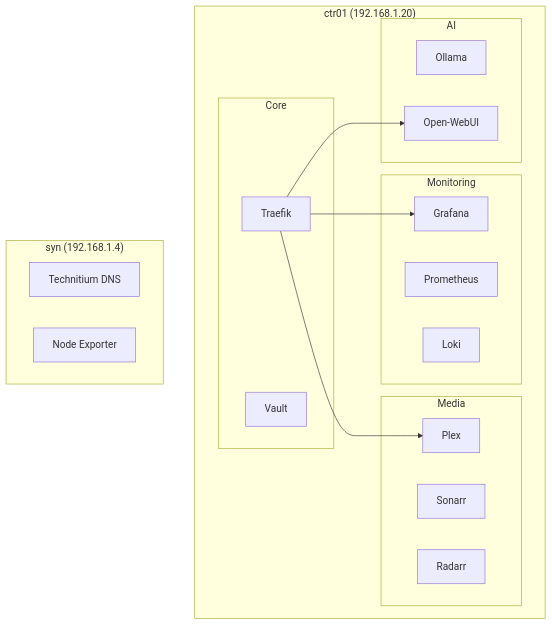
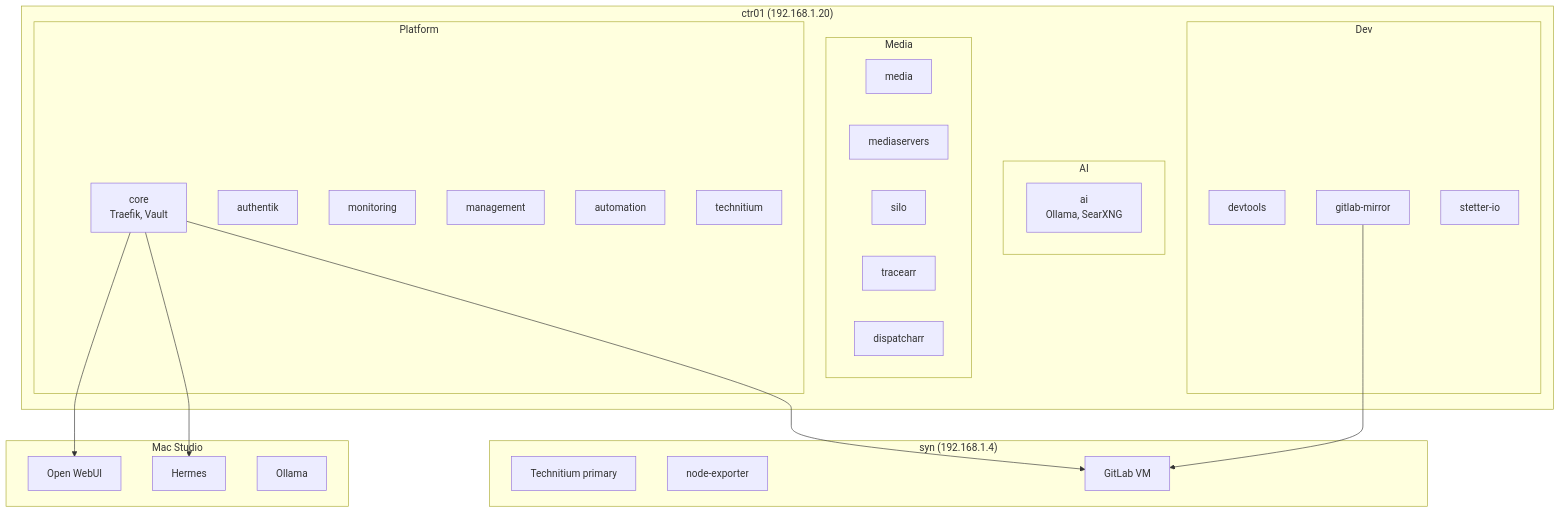
One commit to johnstetter/homelab-docs changed the diagram in docs/stacks/index.md. Above: the diagram before and after it, drawn with Mermaid. The commit also changed other lines of this file and 2 other files, not shown here.

````diff
--- a/docs/stacks/index.md
+++ b/docs/stacks/index.md
@@ -7,35 +11,42 @@
 ```mermaid
 graph TB
     subgraph ctr01["ctr01 (192.168.1.20)"]
-        subgraph Core
-            Traefik[Traefik]
-            Vault[Vault]
+        subgraph Platform
+            core[core<br/>Traefik, Vault]
+            authentik[authentik]
+            monitoring[monitoring]
+            management[management]
+            automation[automation]
+            tech[technitium]
         end
-
-        subgraph Monitoring
-            Prometheus[Prometheus]
-            Grafana[Grafana]
-            Loki[Loki]
+        subgraph AI
+            ai[ai<br/>Ollama, SearXNG]
         end
-
         subgraph Media
-            Plex[Plex]
-            Sonarr[Sonarr]
-            Radarr[Radarr]
+            media[media]
+            ms[mediaservers]
+            silo[silo]
+            tracearr[tracearr]
+            disp[dispatcharr]
         end
-
-        subgraph AI
-            Ollama[Ollama]
-            OpenWebUI[Open-WebUI]
+        subgraph Dev
+            devtools[devtools]
+            mirror[gitlab-mirror]
+            site[stetter-io]
         end
     end
-
     subgraph syn["syn (192.168.1.4)"]
-        Technitium[Technitium DNS]
-        NodeExporter[Node Exporter]
+        tsyn[Technitium primary]
+        ne[node-exporter]
+        glvm[GitLab VM]
     end
-
-    Traefik --> Grafana
-    Traefik --> Plex
-    Traefik --> OpenWebUI
+    subgraph studio["Mac Studio"]
+        ow[Open WebUI]
+        her[Hermes]
+        ol[Ollama]
+    end
+    core --> ow
+    core --> her
+    core --> glvm
+    mirror --> glvm
 ```
````
